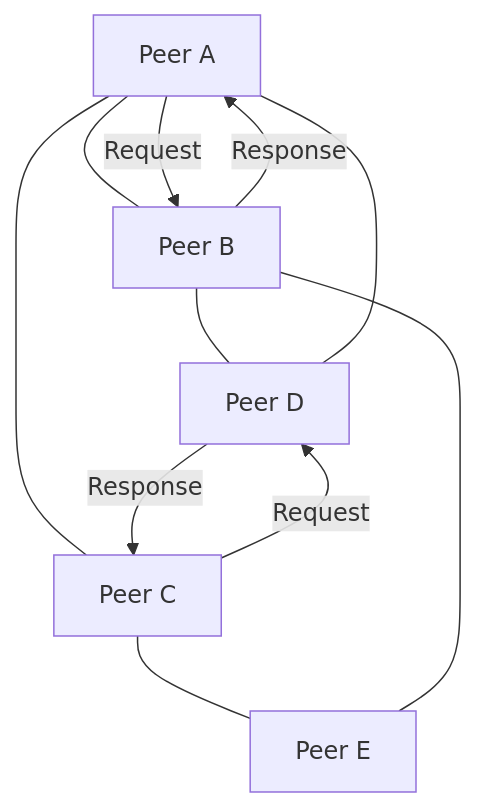
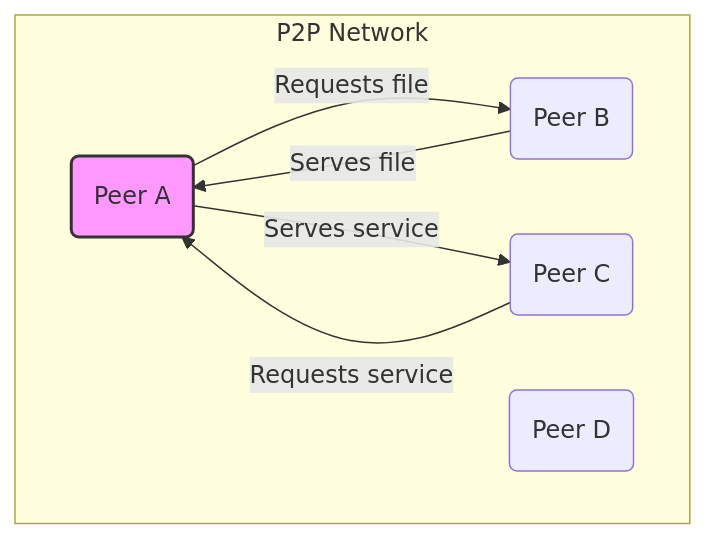
One commit to bmeurant/technical-docs changed the diagram in software-architecture/architectural-styles/peer-to-peer.md. Above: the diagram before and after it, drawn with Mermaid. The commit also changed other lines of this file and 35 other files, not shown here.

Commit message:
docs(software-architecture): various fixes

````diff
--- a/software-architecture/architectural-styles/peer-to-peer.md
+++ b/software-architecture/architectural-styles/peer-to-peer.md
@@ -21,14 +21,17 @@
 ```mermaid
 graph TD
-    A[Peer A] --- B[Peer B]
-    A --- C[Peer C]
-    B --- D[Peer D]
-    C --- E[Peer E]
-    D --- A
-    E --- B
+    subgraph "P2P Network"
+        A(Peer A)
+        B(Peer B)
+        C(Peer C)
+        D(Peer D)
+    end
 
-    A -- "Request" --> B
-    B -- "Response" --> A
-    C -- "Request" --> D
-    D -- "Response" --> C
+    A -- "Requests file" --> B
+    B -- "Serves file" --> A
+
+    C -- "Requests service" --> A
+    A -- "Serves service" --> C
+
+    style A fill:#f9f,stroke:#333,stroke-width:2px
 ```
````
